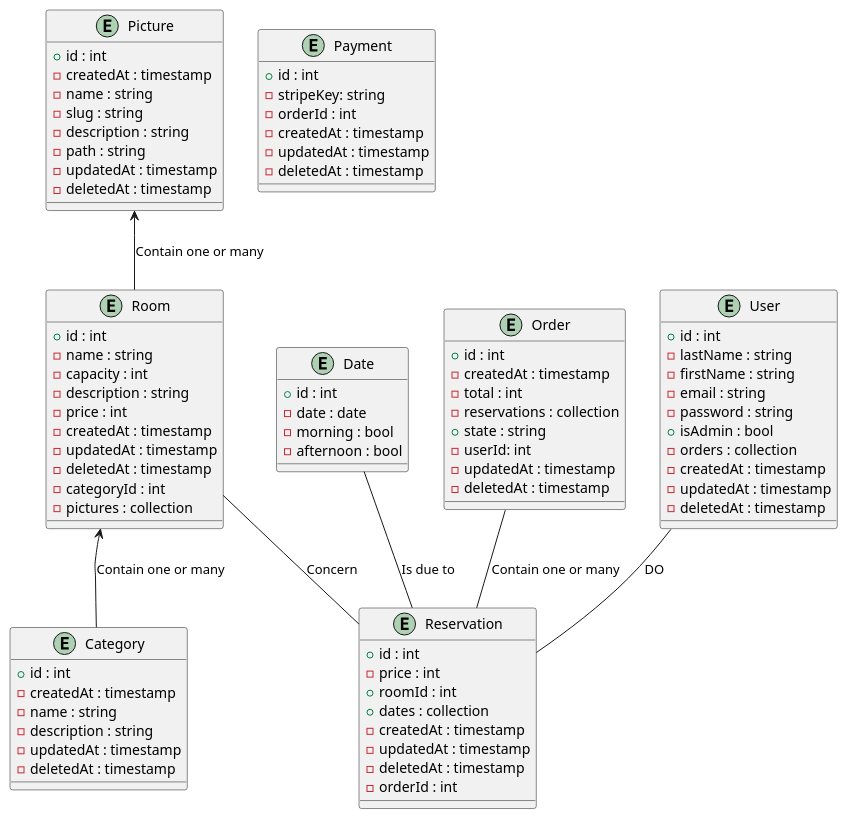
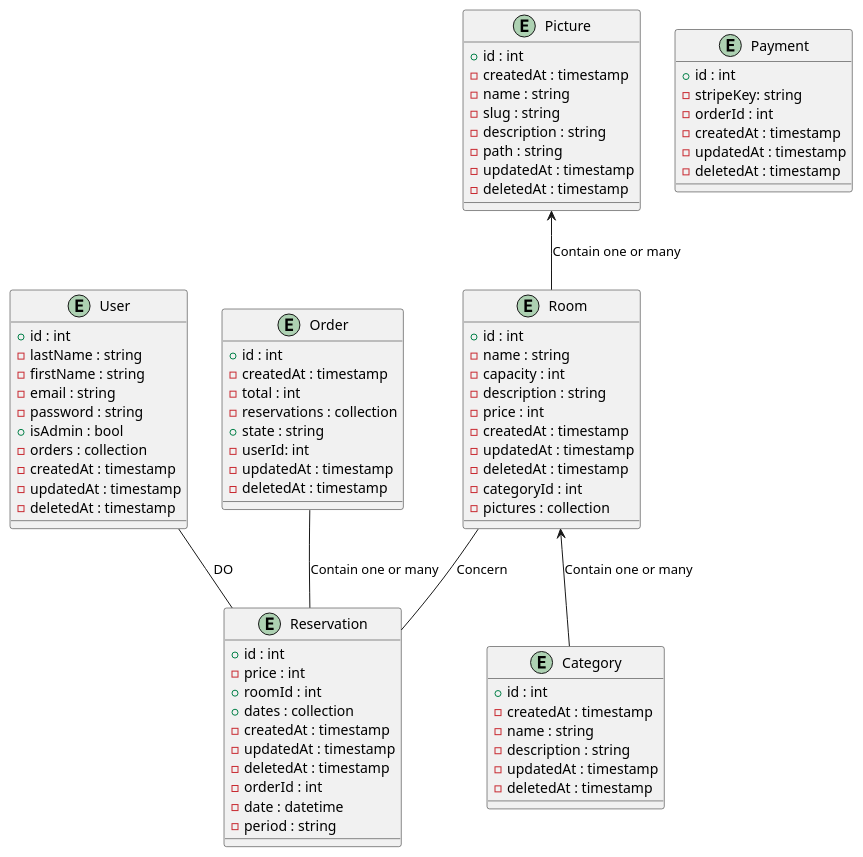
The diagram in diagram.puml (cecilejeanneau/reserva-space-final-symfony-session), drawn with PlantUML before and after one commit. The commit also changed 28 other files, not shown here.

```diff
--- a/diagram.puml
+++ b/diagram.puml
@@ -1,95 +1,97 @@
 @startuml ReservaSpace
 
 entity "User" as user {
   + id : int
   - lastName : string
   - firstName : string
   - email : string
   - password : string
   + isAdmin : bool
   - orders : collection
   - createdAt : timestamp
   - updatedAt : timestamp
   - deletedAt : timestamp
 }
 
 entity "Room" as room {
   + id : int
   - name : string
   - capacity : int
   - description : string
   - price : int
   - createdAt : timestamp
   - updatedAt : timestamp
   - deletedAt : timestamp
   - categoryId : int
   - pictures : collection
 }
 
 entity "Reservation" as reservation {
   + id : int
   - price : int
   + roomId : int
   + dates : collection
   - createdAt : timestamp
   - updatedAt : timestamp
   - deletedAt : timestamp
   - orderId : int
+  - date : datetime
+  - period : string
 }
 
-entity "Date" as date {
-  + id : int
-  - date : date
-  - morning : bool
-  - afternoon : bool
-}
+' entity "Date" as date {
+'   + id : int
+'   - date : date
+'   - morning : bool
+'   - afternoon : bool
+' }
 
 entity "Order" as order {
   + id : int
   - createdAt : timestamp
   - total : int
   - reservations : collection
   + state : string
   - userId: int
   - updatedAt : timestamp
   - deletedAt : timestamp
 }
 
 entity "Picture" as picture {
   + id : int
   - createdAt : timestamp
   - name : string
   - slug : string
   - description : string
   - path : string
   - updatedAt : timestamp
   - deletedAt : timestamp
 }
 
 entity "Category" as category {
   + id : int
   - createdAt : timestamp
   - name : string
   - description : string
   - updatedAt : timestamp
   - deletedAt : timestamp
 }
 
 entity "Payment" as payment{
   + id : int
   - stripeKey: string
   - orderId : int
   - createdAt : timestamp
   - updatedAt : timestamp
   - deletedAt : timestamp
 }
 
 order -- reservation : "Contain one or many"
 user -- reservation : "DO"
 room -- reservation : "Concern"
-date -- reservation : "Is due to"
+' date -- reservation : "Is due to"
 picture <-- room : "Contain one or many"
 ' room -- category : "Belongs to"
 room <-- category : "Contain one or many"
 
 @enduml
```
